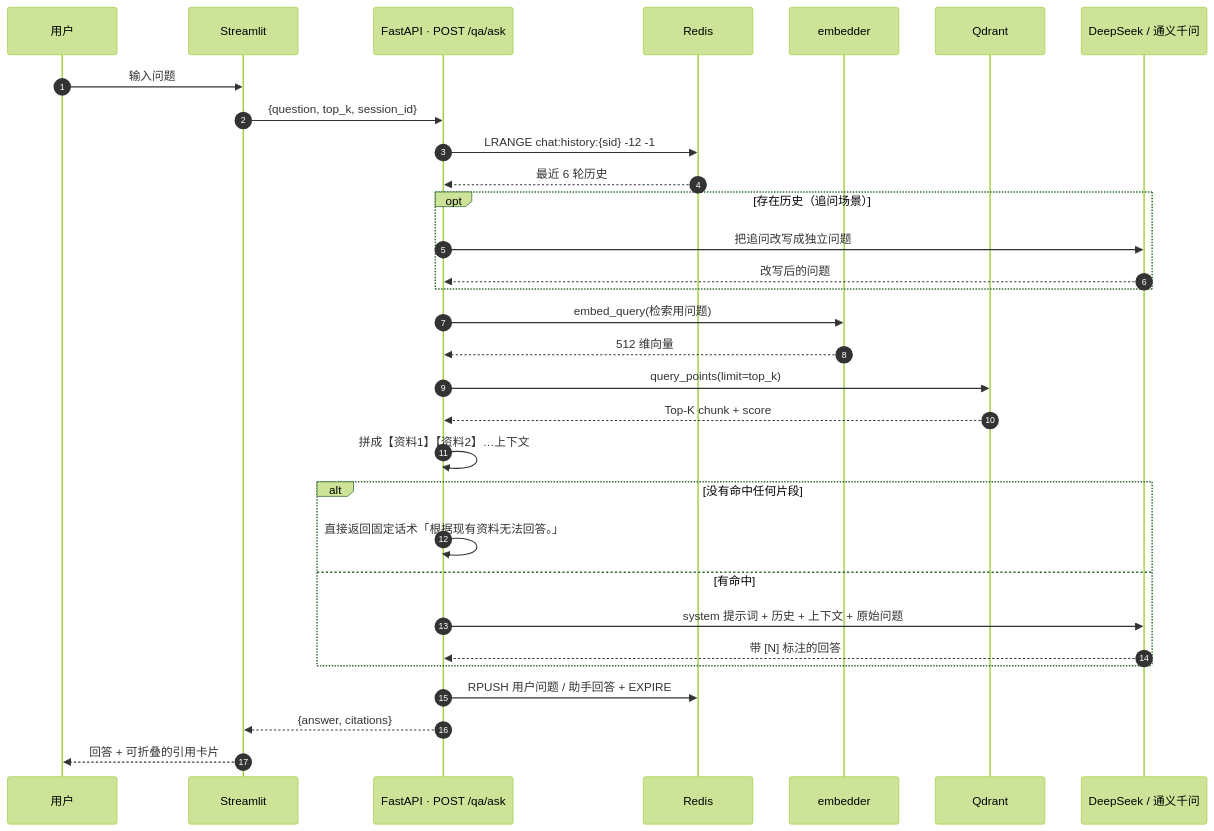
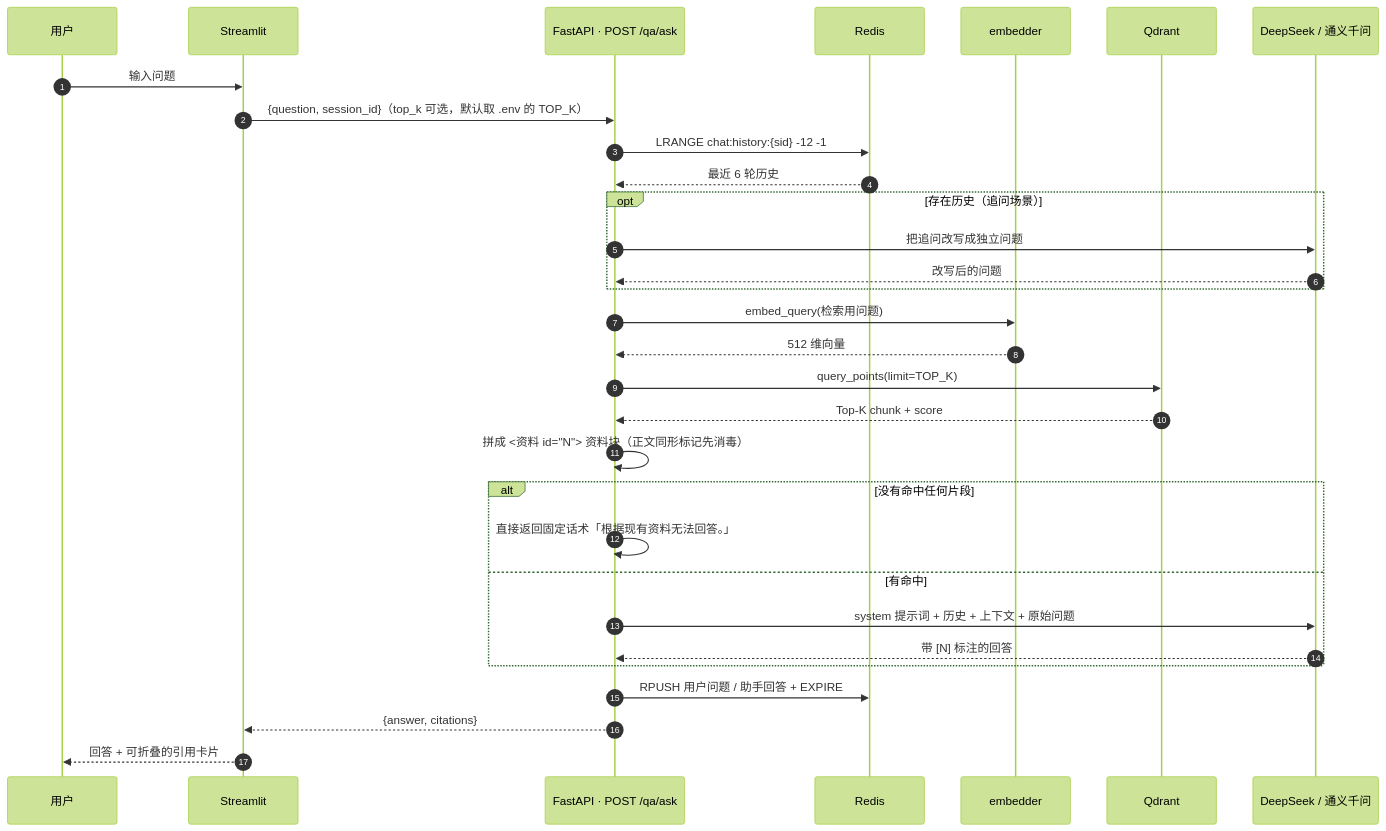
Before and after one commit to wutangxuelili/project-zhishiku: the third of 5 diagrams in docs/ARCHITECTURE.md, drawn with Mermaid (forest theme). The commit also changed other lines of this file and 21 other files, not shown here.

````diff
--- a/docs/ARCHITECTURE.md
+++ b/docs/ARCHITECTURE.md
@@ -106,38 +111,38 @@
 ```mermaid
 sequenceDiagram
     autonumber
     participant U as 用户
     participant FE as Streamlit
     participant API as FastAPI · POST /qa/ask
     participant R as Redis
     participant E as embedder
     participant Q as Qdrant
     participant LLM as DeepSeek / 通义千问
 
     U->>FE: 输入问题
-    FE->>API: {question, top_k, session_id}
+    FE->>API: {question, session_id}（top_k 可选，默认取 .env 的 TOP_K）
     API->>R: LRANGE chat:history:{sid} -12 -1
     R-->>API: 最近 6 轮历史
 
     opt 存在历史（追问场景）
         API->>LLM: 把追问改写成独立问题
         LLM-->>API: 改写后的问题
     end
 
     API->>E: embed_query(检索用问题)
     E-->>API: 512 维向量
-    API->>Q: query_points(limit=top_k)
+    API->>Q: query_points(limit=TOP_K)
     Q-->>API: Top-K chunk + score
-    API->>API: 拼成【资料1】【资料2】…上下文
+    API->>API: 拼成 <资料 id="N"> 资料块（正文同形标记先消毒）
 
     alt 没有命中任何片段
         API->>API: 直接返回固定话术「根据现有资料无法回答。」
     else 有命中
         API->>LLM: system 提示词 + 历史 + 上下文 + 原始问题
         LLM-->>API: 带 [N] 标注的回答
     end
 
     API->>R: RPUSH 用户问题 / 助手回答 + EXPIRE
     API-->>FE: {answer, citations}
     FE-->>U: 回答 + 可折叠的引用卡片
 ```
````
